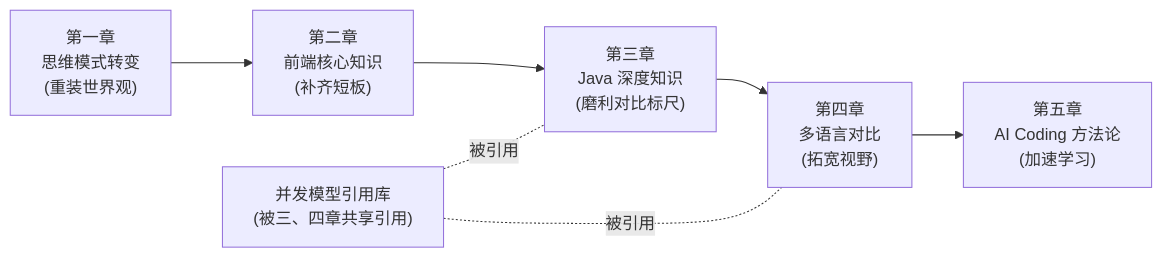
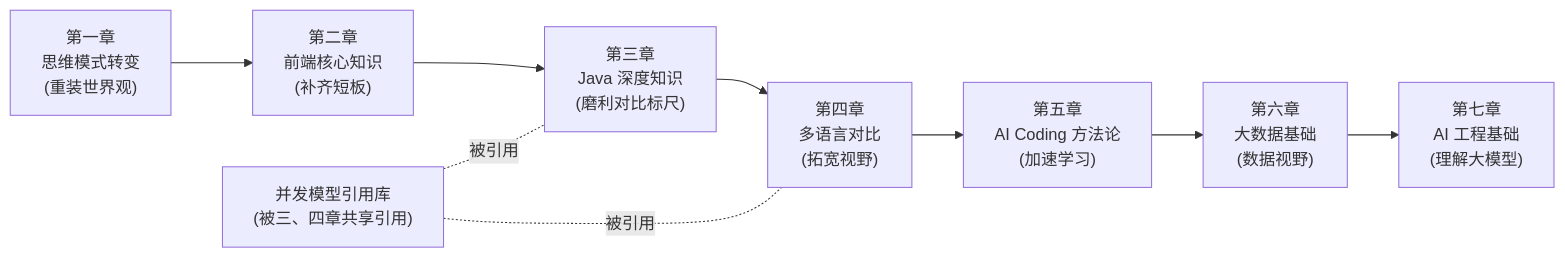
The diagram in README.md (LiPingjiang/Full-Stack-Knowledge-Book), drawn with Mermaid before and after one commit. The commit also changed other lines of this file and 9 other files, not shown here.

````diff
--- a/README.md
+++ b/README.md
@@ -29,9 +29,11 @@
 ```mermaid
 flowchart LR
     C1["第一章<br/>思维模式转变<br/>(重装世界观)"] --> C2["第二章<br/>前端核心知识<br/>(补齐短板)"]
     C2 --> C3["第三章<br/>Java 深度知识<br/>(磨利对比标尺)"]
     C3 --> C4["第四章<br/>多语言对比<br/>(拓宽视野)"]
     C4 --> C5["第五章<br/>AI Coding 方法论<br/>(加速学习)"]
+    C5 --> C6["第六章<br/>大数据基础<br/>(数据视野)"]
+    C6 --> C7["第七章<br/>AI 工程基础<br/>(理解大模型)"]
     REF["并发模型引用库<br/>(被三、四章共享引用)"] -.被引用.- C3
     REF -.被引用.- C4
 ```
````
